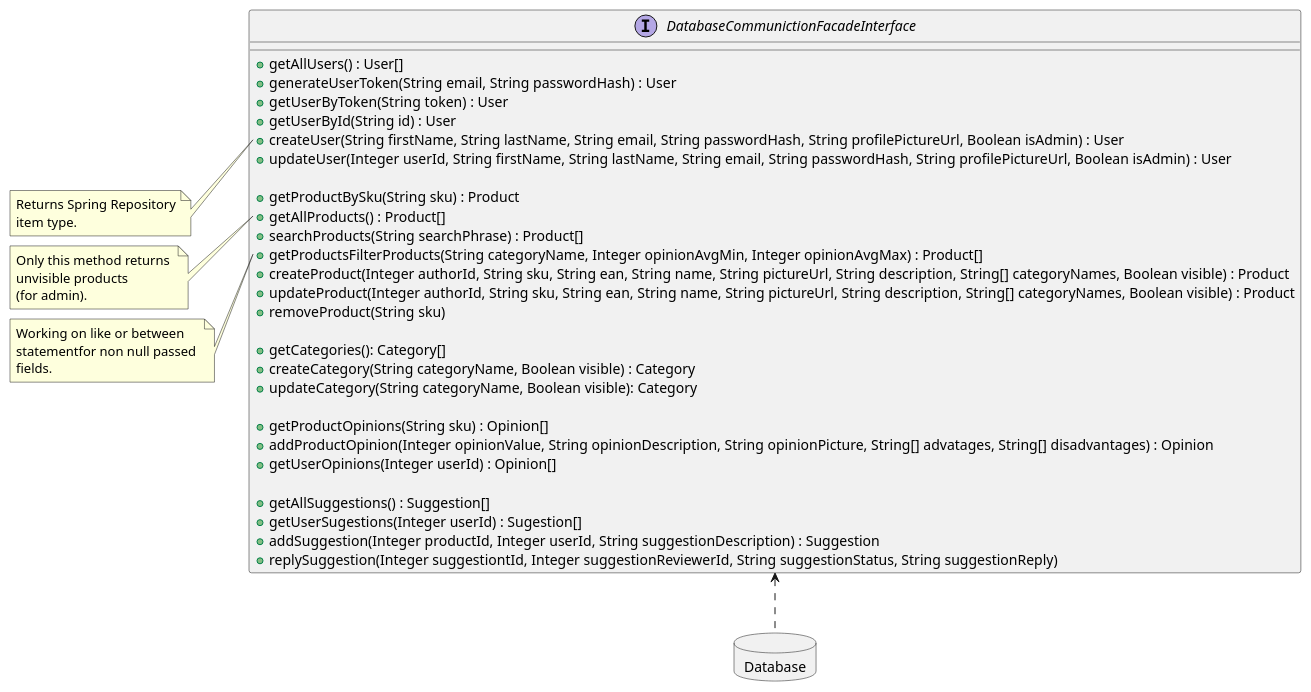
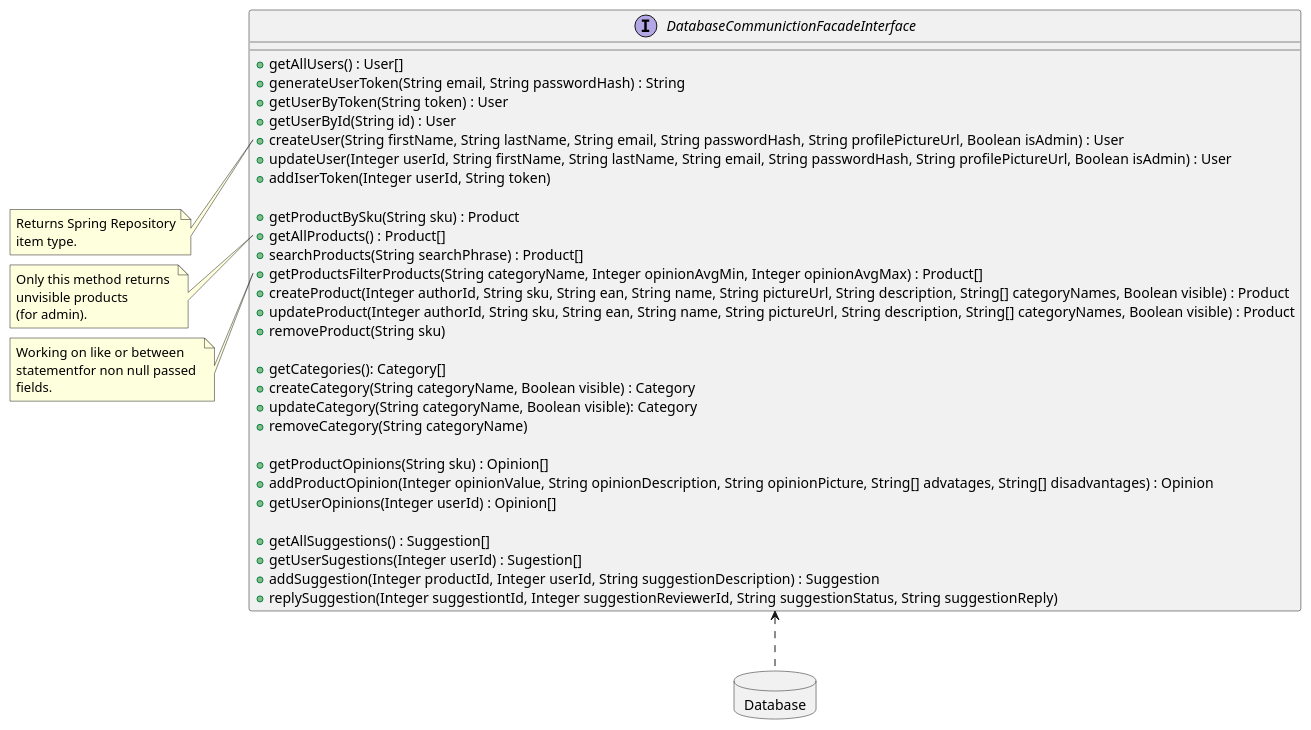
The diagram in backend/BackendDatabaseCommunication.md (RadekBucki/OpinionCollectorArchitecture), drawn with PlantUML before and after one commit. The commit also changed 1 other file, not shown here.

Commit message:
Database and facades bug fixes

````diff
--- a/backend/BackendDatabaseCommunication.md
+++ b/backend/BackendDatabaseCommunication.md
@@ -3,56 +3,58 @@
 ```plantuml
 @startuml
 DatabaseCommunictionFacadeInterface <.. Database
 
 database Database {
 }
 
 interface DatabaseCommunictionFacadeInterface {
     + getAllUsers() : User[]
-    + generateUserToken(String email, String passwordHash) : User
+    + generateUserToken(String email, String passwordHash) : String
     + getUserByToken(String token) : User
     + getUserById(String id) : User
     + createUser(String firstName, String lastName, String email, String passwordHash, String profilePictureUrl, Boolean isAdmin) : User
     + updateUser(Integer userId, String firstName, String lastName, String email, String passwordHash, String profilePictureUrl, Boolean isAdmin) : User
+    + addIserToken(Integer userId, String token)
     
     + getProductBySku(String sku) : Product
     + getAllProducts() : Product[]
     + searchProducts(String searchPhrase) : Product[]
     + getProductsFilterProducts(String categoryName, Integer opinionAvgMin, Integer opinionAvgMax) : Product[]
     + createProduct(Integer authorId, String sku, String ean, String name, String pictureUrl, String description, String[] categoryNames, Boolean visible) : Product
     + updateProduct(Integer authorId, String sku, String ean, String name, String pictureUrl, String description, String[] categoryNames, Boolean visible) : Product
     + removeProduct(String sku)
     
     + getCategories(): Category[]
     + createCategory(String categoryName, Boolean visible) : Category
     + updateCategory(String categoryName, Boolean visible): Category
+    + removeCategory(String categoryName)
     
     + getProductOpinions(String sku) : Opinion[]
     + addProductOpinion(Integer opinionValue, String opinionDescription, String opinionPicture, String[] advatages, String[] disadvantages) : Opinion
     + getUserOpinions(Integer userId) : Opinion[]
     
     + getAllSuggestions() : Suggestion[]
     + getUserSugestions(Integer userId) : Sugestion[]
     + addSuggestion(Integer productId, Integer userId, String suggestionDescription) : Suggestion
     + replySuggestion(Integer suggestiontId, Integer suggestionReviewerId, String suggestionStatus, String suggestionReply)
 }
 
 note left of DatabaseCommunictionFacadeInterface::createUser
     Returns Spring Repository
     item type.
 endnote
 
 note left of DatabaseCommunictionFacadeInterface::getAllProducts
     Only this method returns 
     unvisible products
     (for admin).
 endnote
 
 note left of DatabaseCommunictionFacadeInterface::getProductsFilterProducts
     Working on like or between 
     statementfor non null passed 
     fields.
 endnote
 
 @enduml 
 ```
````
